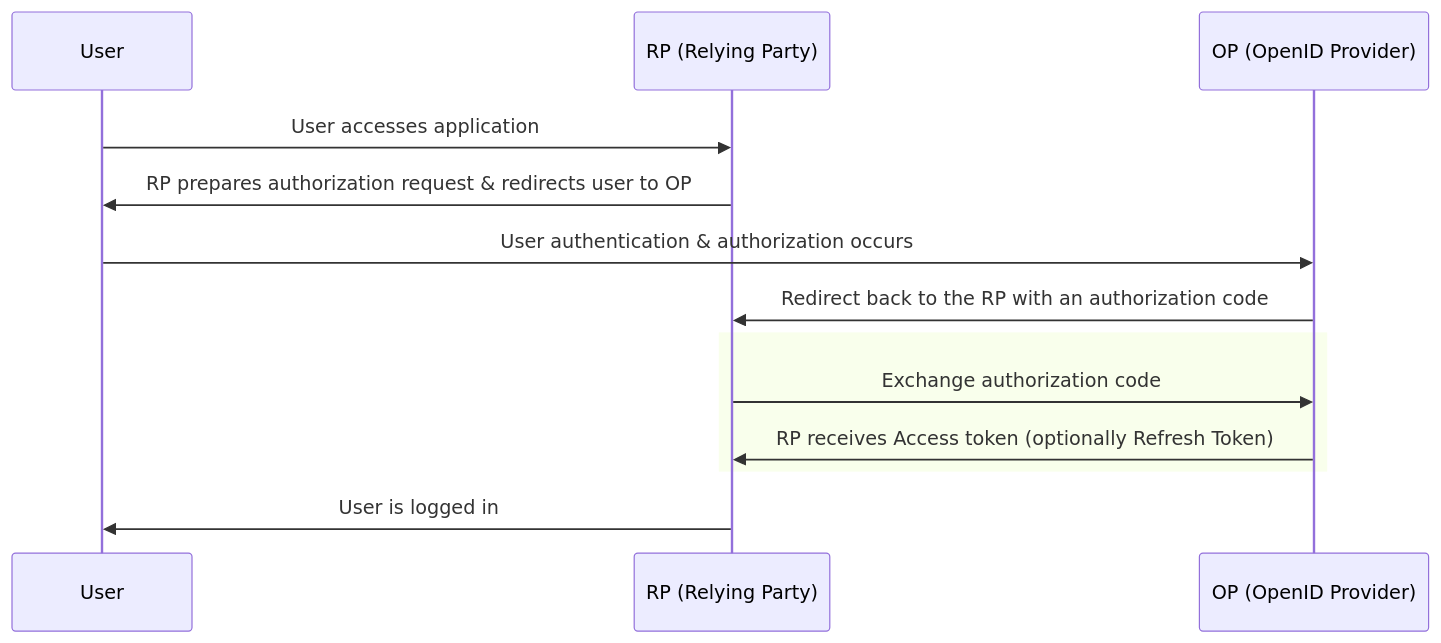
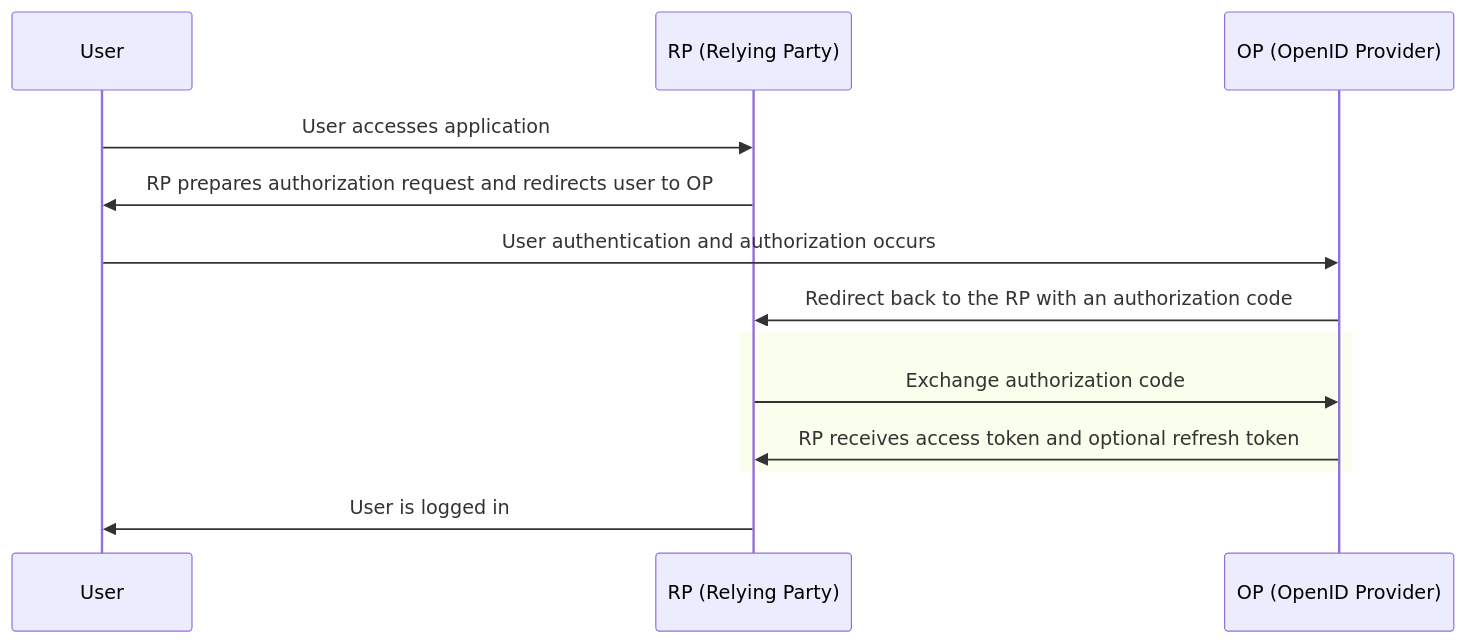
One commit to goauthentik/authentik changed the diagram in website/docs/add-secure-apps/providers/oauth2/index.mdx. Above: the diagram before and after it, drawn with Mermaid. The commit also changed other lines of this file and 1 other file, not shown here.

````diff
--- a/website/docs/add-secure-apps/providers/oauth2/index.mdx
+++ b/website/docs/add-secure-apps/providers/oauth2/index.mdx
@@ -32,20 +36,18 @@
 ```mermaid
 sequenceDiagram
     participant user as User
     participant rp as RP (Relying Party)
     participant op as OP (OpenID Provider)
 
     user->>rp: User accesses application
-    rp->>user: RP prepares authorization request & redirects user to OP
-
-    user->>op: User authentication & authorization occurs
+    rp->>user: RP prepares authorization request and redirects user to OP
+    user->>op: User authentication and authorization occurs
     op->>rp: Redirect back to the RP with an authorization code
 
     rect
-
         rp->>op: Exchange authorization code
-        op->>rp: RP receives Access token (optionally Refresh Token)
+        op->>rp: RP receives access token and optional refresh token
     end
 
     rp->>user: User is logged in
 ```
````
